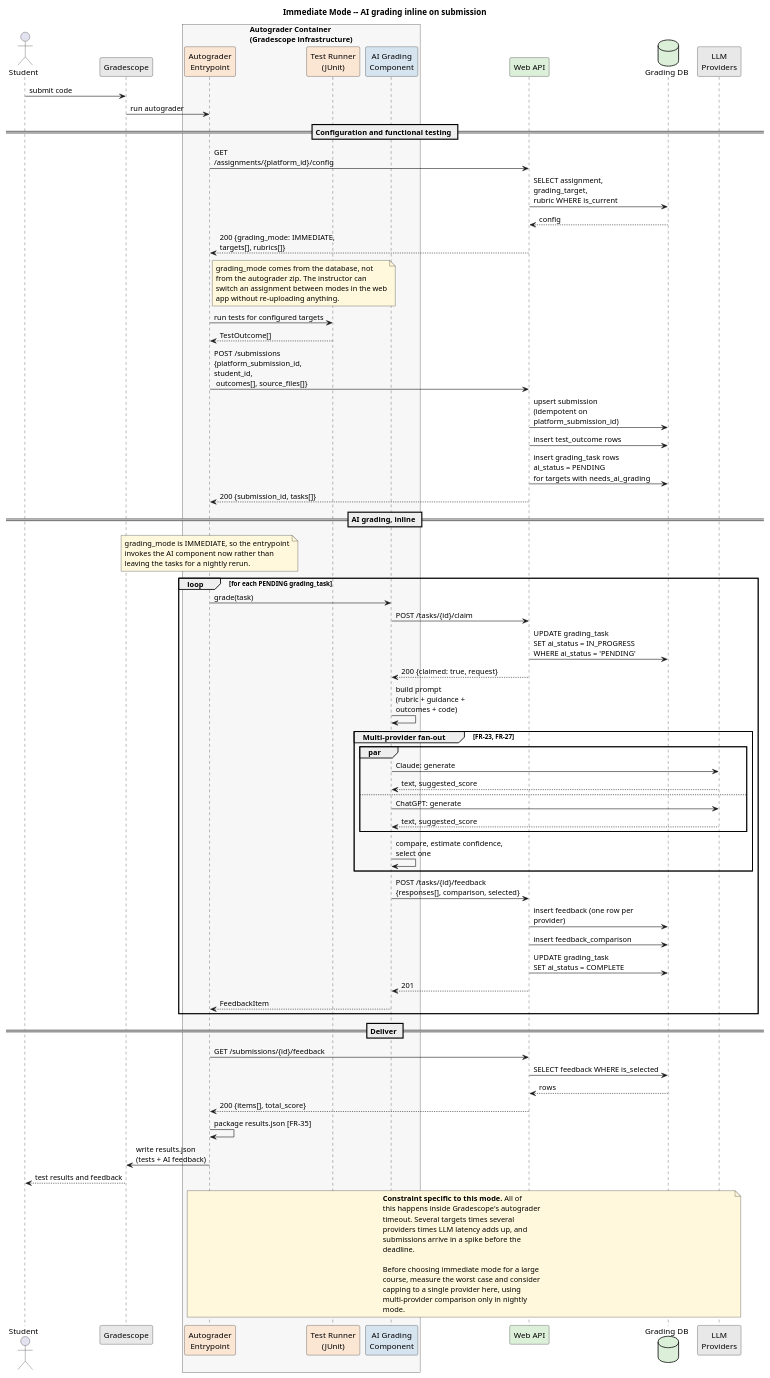
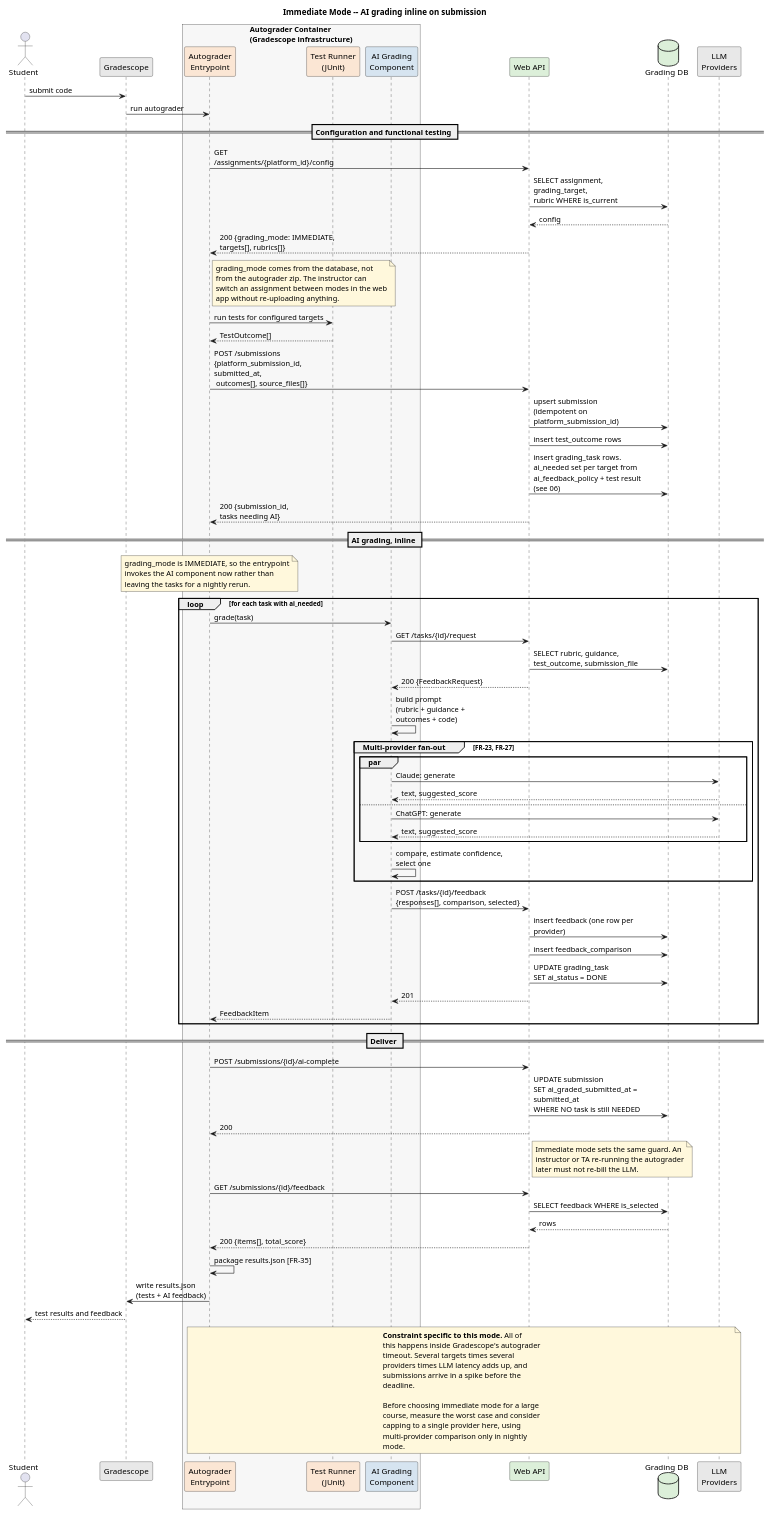
The diagram in docs/architecture/03-sequence-immediate.puml (AI-Assisted-Autograder/ai-assisted-autograder), drawn with PlantUML before and after one commit. The commit also changed 8 other files, not shown here.

```diff
--- a/docs/architecture/03-sequence-immediate.puml
+++ b/docs/architecture/03-sequence-immediate.puml
@@ -1,114 +1,124 @@
 @startuml 03-sequence-immediate
 ' =====================================================================
 ' Immediate mode: AI grading runs inline, on student submission.
 ' Traces to: FR-19..FR-28, FR-32..FR-36
 '
 ' One pass. The student gets test results and AI feedback together.
 ' No nightly job is involved at all.
 ' =====================================================================
 
 title Immediate Mode -- AI grading inline on submission
 
 skinparam shadowing false
 skinparam defaultFontName Helvetica
 skinparam sequenceMessageAlign left
 skinparam maxMessageSize 220
 
 actor Student as stud
 participant "Gradescope" as gs #E8E8E8
 box "Autograder Container\n(Gradescope infrastructure)" #F7F7F7
   participant "Autograder\nEntrypoint" as ag #FBE6D4
   participant "Test Runner\n(JUnit)" as junit #FBE6D4
   participant "AI Grading\nComponent" as ai #D6E4F0
 end box
 participant "Web API" as api #DCEFD9
 database "Grading DB" as db #DCEFD9
 participant "LLM\nProviders" as llm #E8E8E8
 
 stud -> gs : submit code
 gs -> ag : run autograder
 
 == Configuration and functional testing ==
 
 ag -> api : GET /assignments/{platform_id}/config
 api -> db : SELECT assignment, grading_target,\nrubric WHERE is_current
 db --> api : config
 api --> ag : 200 {grading_mode: IMMEDIATE,\ntargets[], rubrics[]}
 
 note right of ag #FFF8DC
   grading_mode comes from the database, not
   from the autograder zip. The instructor can
   switch an assignment between modes in the web
   app without re-uploading anything.
 end note
 
 ag -> junit : run tests for configured targets
 junit --> ag : TestOutcome[]
 
-ag -> api : POST /submissions\n{platform_submission_id, student_id,\n outcomes[], source_files[]}
+ag -> api : POST /submissions\n{platform_submission_id, submitted_at,\n outcomes[], source_files[]}
 api -> db : upsert submission\n(idempotent on platform_submission_id)
 api -> db : insert test_outcome rows
-api -> db : insert grading_task rows\nai_status = PENDING\nfor targets with needs_ai_grading
-api --> ag : 200 {submission_id, tasks[]}
+api -> db : insert grading_task rows.\nai_needed set per target from\nai_feedback_policy + test result\n(see 06)
+api --> ag : 200 {submission_id,\ntasks needing AI}
 
 == AI grading, inline ==
 
 note over ag #FFF8DC
   grading_mode is IMMEDIATE, so the entrypoint
   invokes the AI component now rather than
   leaving the tasks for a nightly rerun.
 end note
 
-loop for each PENDING grading_task
+loop for each task with ai_needed
   ag -> ai : grade(task)
-  ai -> api : POST /tasks/{id}/claim
-  api -> db : UPDATE grading_task\nSET ai_status = IN_PROGRESS\nWHERE ai_status = 'PENDING'
-  api --> ai : 200 {claimed: true, request}
+  ai -> api : GET /tasks/{id}/request
+  api -> db : SELECT rubric, guidance,\ntest_outcome, submission_file
+  api --> ai : 200 {FeedbackRequest}
 
   ai -> ai : build prompt\n(rubric + guidance +\noutcomes + code)
 
   group Multi-provider fan-out [FR-23, FR-27]
     par
       ai -> llm : Claude: generate
       llm --> ai : text, suggested_score
     else
       ai -> llm : ChatGPT: generate
       llm --> ai : text, suggested_score
     end
     ai -> ai : compare, estimate confidence,\nselect one
   end
 
   ai -> api : POST /tasks/{id}/feedback\n{responses[], comparison, selected}
   api -> db : insert feedback (one row per provider)
   api -> db : insert feedback_comparison
-  api -> db : UPDATE grading_task\nSET ai_status = COMPLETE
+  api -> db : UPDATE grading_task\nSET ai_status = DONE
   api --> ai : 201
   ai --> ag : FeedbackItem
 end
 
 == Deliver ==
+
+ag -> api : POST /submissions/{id}/ai-complete
+api -> db : UPDATE submission\nSET ai_graded_submitted_at = submitted_at\nWHERE NO task is still NEEDED
+api --> ag : 200
+
+note right of api #FFF8DC
+  Immediate mode sets the same guard. An
+  instructor or TA re-running the autograder
+  later must not re-bill the LLM.
+end note
 
 ag -> api : GET /submissions/{id}/feedback
 api -> db : SELECT feedback WHERE is_selected
 db --> api : rows
 api --> ag : 200 {items[], total_score}
 ag -> ag : package results.json [FR-35]
 ag -> gs : write results.json\n(tests + AI feedback)
 gs --> stud : test results and feedback
 
 note over ag, llm #FFF8DC
   **Constraint specific to this mode.** All of
   this happens inside Gradescope's autograder
   timeout. Several targets times several
   providers times LLM latency adds up, and
   submissions arrive in a spike before the
   deadline.
 
   Before choosing immediate mode for a large
   course, measure the worst case and consider
   capping to a single provider here, using
   multi-provider comparison only in nightly
   mode.
 end note
 
 @enduml
```
